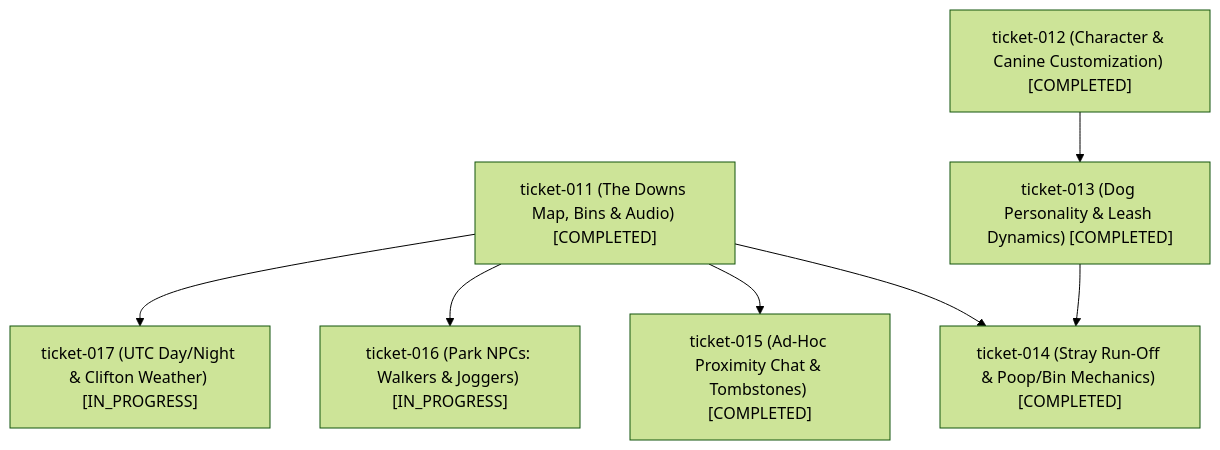
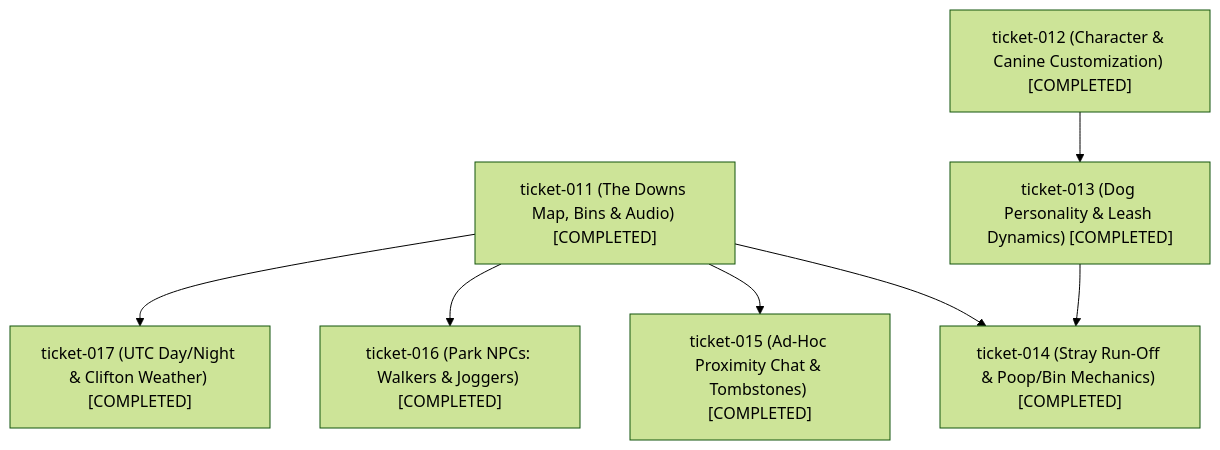
The diagram in openspec/roadmaps/the-downs.md (MACourtney7/virtual-dog-walker), drawn with Mermaid (forest theme) before and after one commit. The commit also changed other lines of this file, not shown here.

Commit message:
docs(roadmap): mark ticket-016, ticket-017, and integration tests COMPLETED

````diff
--- a/openspec/roadmaps/the-downs.md
+++ b/openspec/roadmaps/the-downs.md
@@ -40,17 +40,17 @@
 ```mermaid
 flowchart TD
     T011["ticket-011 (The Downs Map, Bins & Audio) [COMPLETED]"]
     T012["ticket-012 (Character & Canine Customization) [COMPLETED]"]
     T013["ticket-013 (Dog Personality & Leash Dynamics) [COMPLETED]"]
     T014["ticket-014 (Stray Run-Off & Poop/Bin Mechanics) [COMPLETED]"]
     T015["ticket-015 (Ad-Hoc Proximity Chat & Tombstones) [COMPLETED]"]
-    T016["ticket-016 (Park NPCs: Walkers & Joggers) [IN_PROGRESS]"]
-    T017["ticket-017 (UTC Day/Night & Clifton Weather) [IN_PROGRESS]"]
+    T016["ticket-016 (Park NPCs: Walkers & Joggers) [COMPLETED]"]
+    T017["ticket-017 (UTC Day/Night & Clifton Weather) [COMPLETED]"]
 
     T012 --> T013
     T011 --> T014
     T013 --> T014
     T011 --> T015
     T011 --> T016
     T011 --> T017
 ```
````
